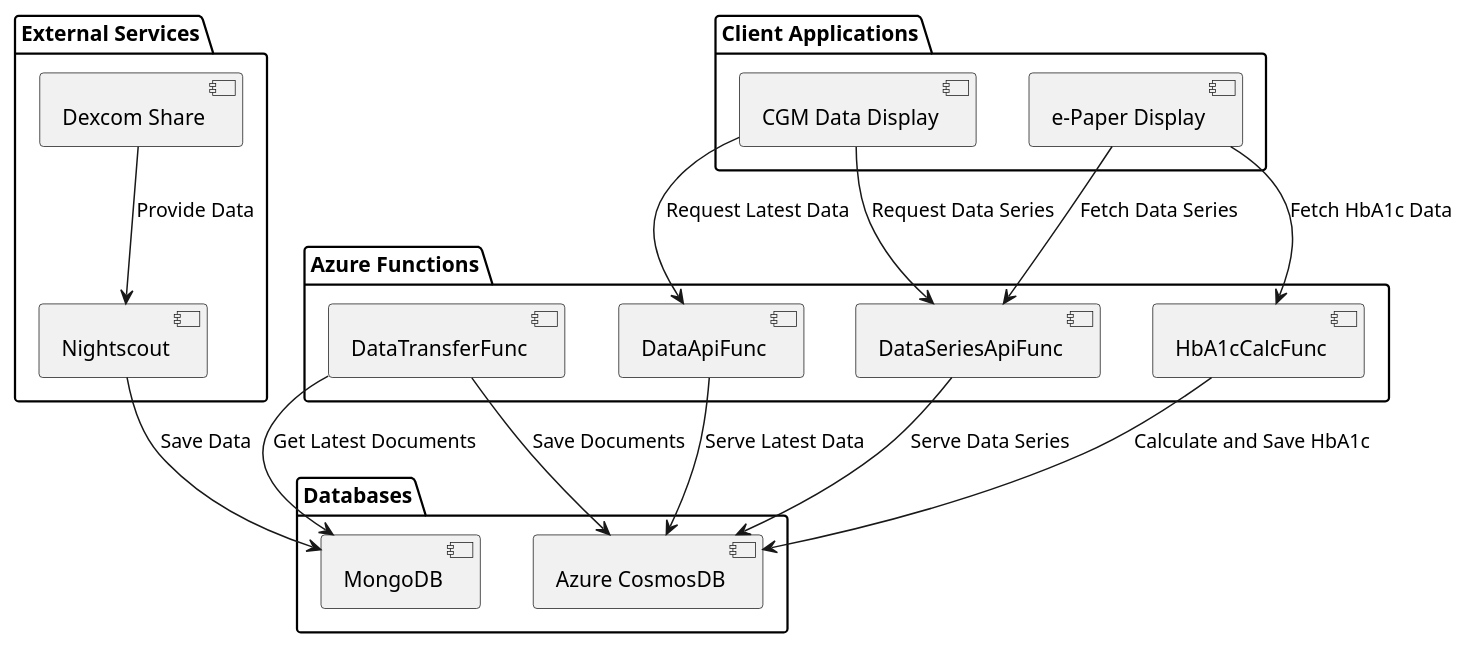
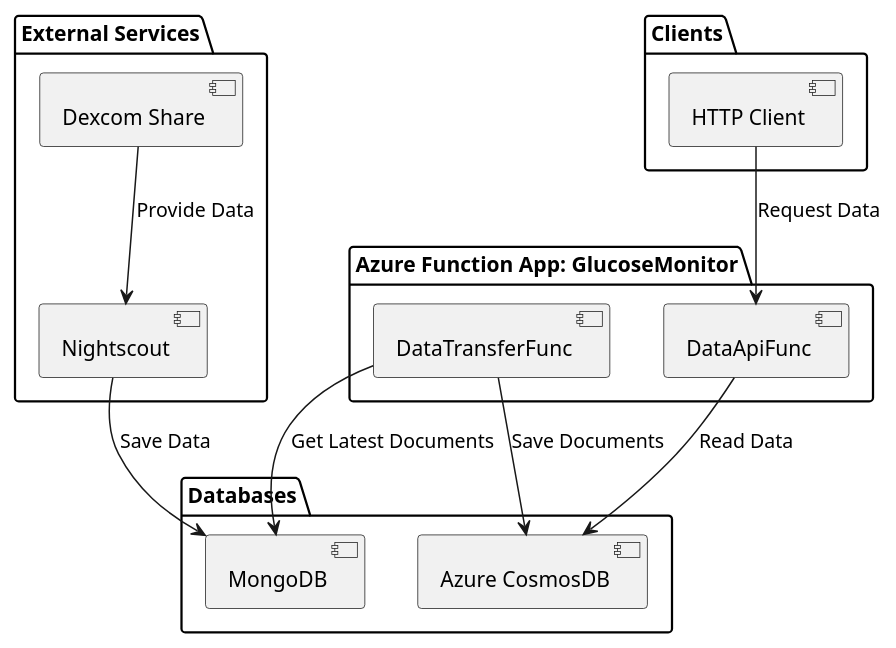
The diagram in readme.md (brenordv/nightscout-companion-apps), drawn with PlantUML before and after one commit. The commit also changed other lines of this file and 138 other files, not shown here.

````diff
--- a/readme.md
+++ b/readme.md
@@ -107,39 +85,29 @@
 ```uml
-package "Azure Functions" {
+package "Azure Function App: GlucoseMonitor" {
   [DataTransferFunc] as DataTransferFunc
   [DataApiFunc] as DataApiFunc
-  [DataSeriesApiFunc] as DataSeriesApiFunc
-  [HbA1cCalcFunc] as HbA1cCalcFunc
 }
 
 package "Databases" {
   [MongoDB] as MongoDb
   [Azure CosmosDB] as CosmosDb
 }
 
-package "Client Applications" {
-  [CGM Data Display] as CGMDataDisplay
-  [e-Paper Display] as EPaperDisplay
+package "Clients" {
+  [HTTP Client] as HttpClient
 }
 
 package "External Services" {
   [Nightscout] as Nightscout
   [Dexcom Share] as DexcomShare
 }
 
+[DexcomShare] --> [Nightscout] : Provide Data
+[Nightscout] --> [MongoDb] : Save Data
+
 [DataTransferFunc] --> [MongoDb] : Get Latest Documents
 [DataTransferFunc] --> [CosmosDb] : Save Documents
 
-[DataApiFunc] --> [CosmosDb] : Serve Latest Data
-[DataSeriesApiFunc] --> [CosmosDb] : Serve Data Series
-[HbA1cCalcFunc] --> [CosmosDb] : Calculate and Save HbA1c
-
-[CGMDataDisplay] --> [DataApiFunc] : Request Latest Data
-[CGMDataDisplay] --> [DataSeriesApiFunc] : Request Data Series
-
-[EPaperDisplay] --> [DataSeriesApiFunc] : Fetch Data Series
-[EPaperDisplay] --> [HbA1cCalcFunc] : Fetch HbA1c Data
-
-[Nightscout] --> [MongoDb] : Save Data
-[DexcomShare] --> [Nightscout] : Provide Data
+[DataApiFunc] --> [CosmosDb] : Read Data
+[HttpClient] --> [DataApiFunc] : Request Data
 ```
````
